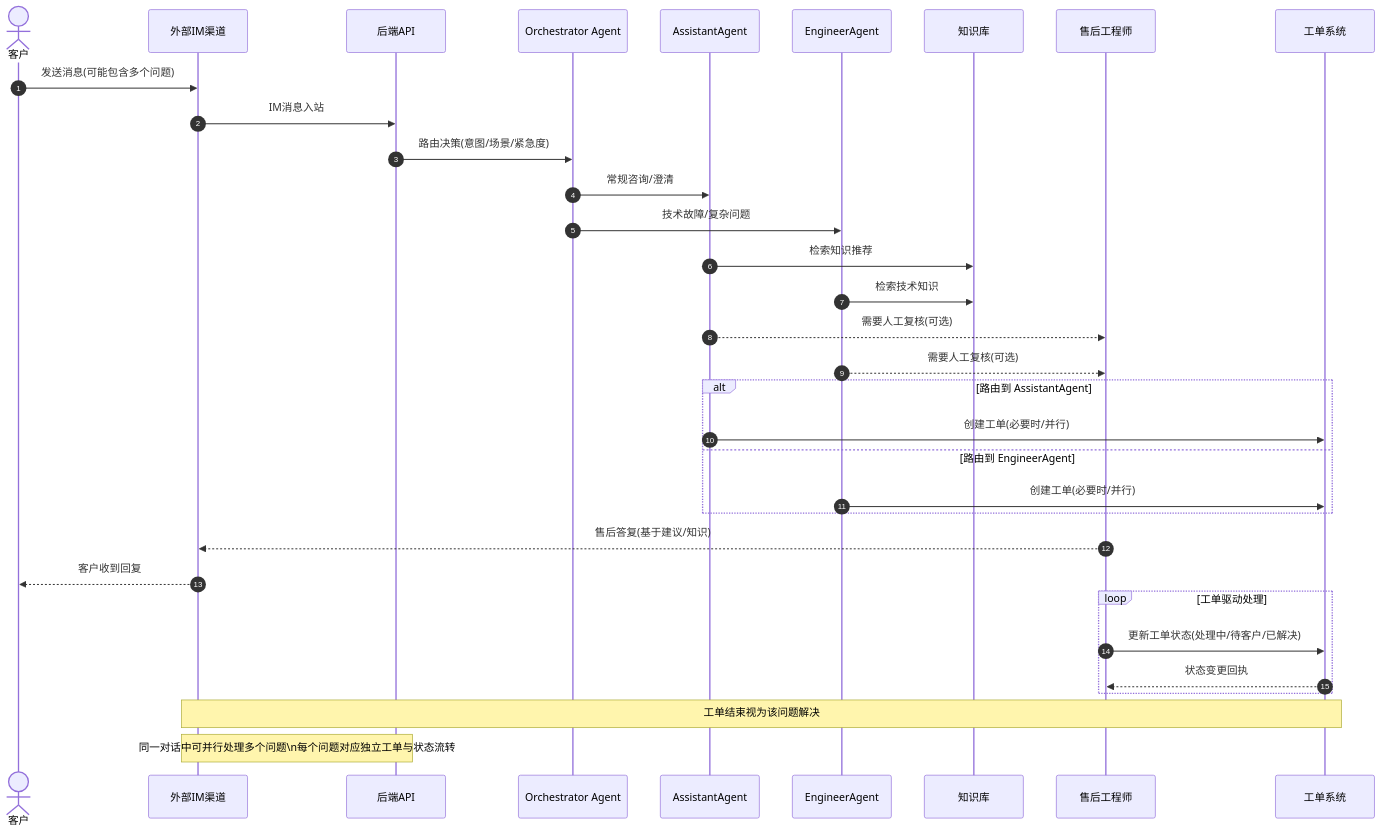
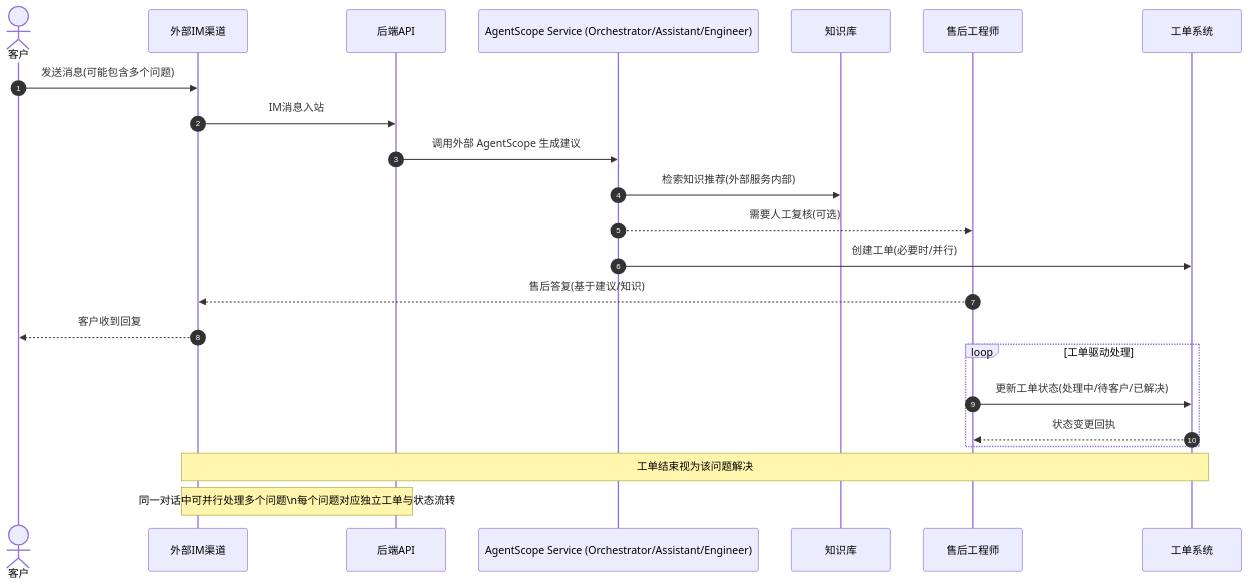
Before and after one commit to zqshi/After-sales: the third of 12 diagrams in backend/tests/事件格式.md, drawn with Mermaid. The commit also changed other lines of this file and 43 other files, not shown here.

````diff
--- a/backend/tests/事件格式.md
+++ b/backend/tests/事件格式.md
@@ -243,40 +330,30 @@
 ```mermaid
 sequenceDiagram
   autonumber
   actor U as 客户
   participant IM as 外部IM渠道
   participant API as 后端API
-  participant OR as Orchestrator Agent
-  participant AA as AssistantAgent
-  participant EA as EngineerAgent
+  participant AGS as AgentScope Service (Orchestrator/Assistant/Engineer)
   participant KB as 知识库
   participant CS as 售后工程师
   participant TS as 工单系统
 
   U->>IM: 发送消息(可能包含多个问题)
   IM->>API: IM消息入站
-  API->>OR: 路由决策(意图/场景/紧急度)
-  OR->>AA: 常规咨询/澄清
-  OR->>EA: 技术故障/复杂问题
-  AA->>KB: 检索知识推荐
-  EA->>KB: 检索技术知识
-  AA-->>CS: 需要人工复核(可选)
-  EA-->>CS: 需要人工复核(可选)
+  API->>AGS: 调用外部 AgentScope 生成建议
+  AGS->>KB: 检索知识推荐(外部服务内部)
+  AGS-->>CS: 需要人工复核(可选)
 
-  alt 路由到 AssistantAgent
-    AA->>TS: 创建工单(必要时/并行)
-  else 路由到 EngineerAgent
-    EA->>TS: 创建工单(必要时/并行)
-  end
+  AGS->>TS: 创建工单(必要时/并行)
 
   CS-->>IM: 售后答复(基于建议/知识)
   IM-->>U: 客户收到回复
 
   loop 工单驱动处理
     CS->>TS: 更新工单状态(处理中/待客户/已解决)
     TS-->>CS: 状态变更回执
   end
 
   Note over TS,IM: 工单结束视为该问题解决
   Note over IM,API: 同一对话中可并行处理多个问题\n每个问题对应独立工单与状态流转
 ```
````
